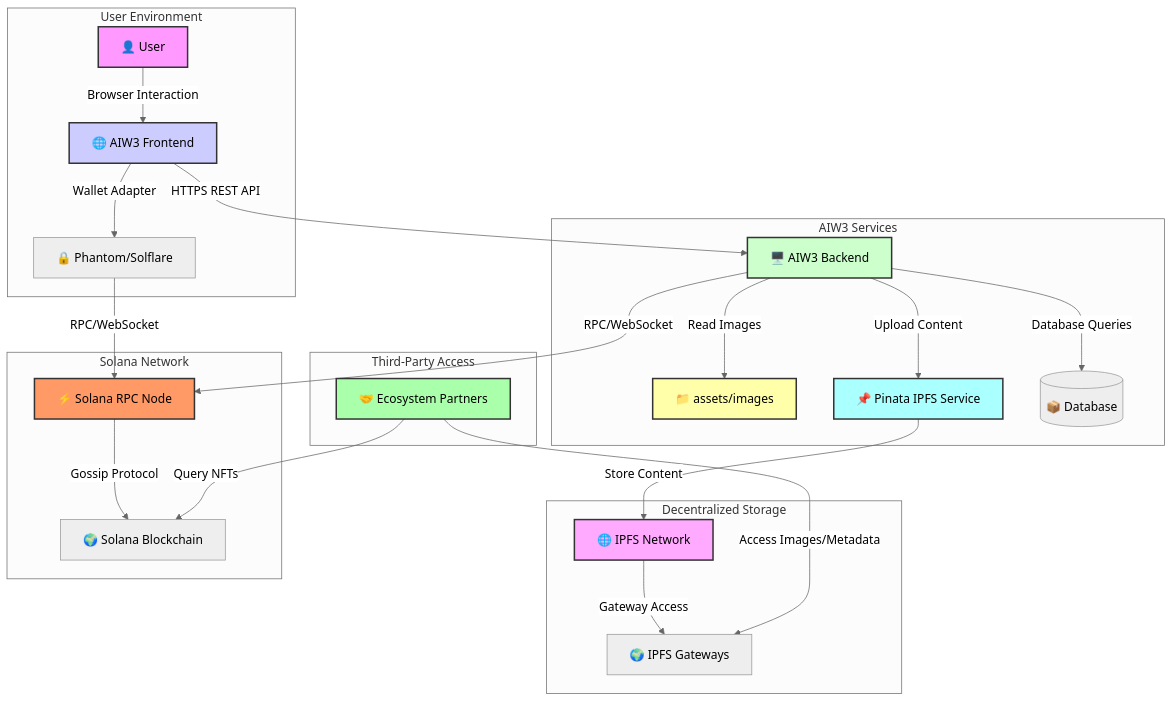
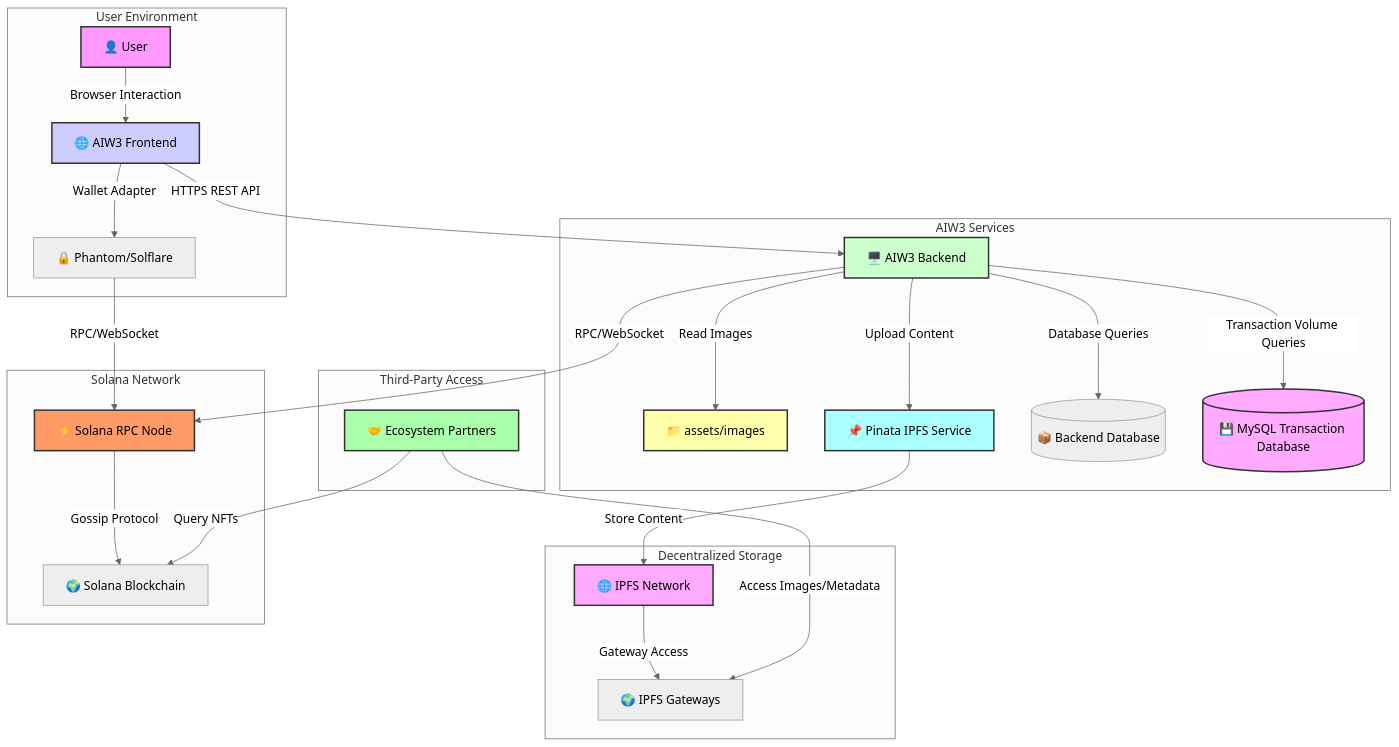
The fourth of 5 diagrams in docs/AIW3-NFT-System-Design.md (ljg-cqu/aiw3-nft-solana), drawn with Mermaid (neutral theme) before and after one commit. The commit also changed other lines of this file, not shown here.

Commit message:
docs: integrate transaction volume qualification into visual architecture and process flows

````diff
--- a/docs/AIW3-NFT-System-Design.md
+++ b/docs/AIW3-NFT-System-Design.md
@@ -277,39 +308,41 @@
 ```mermaid
 graph TD
     subgraph "User Environment"
         User[👤 User] -->|Browser Interaction| Frontend[🌐 AIW3 Frontend]
         Frontend -->|Wallet Adapter| Wallet[🔒 Phantom/Solflare]
     end
 
     subgraph "AIW3 Services"
         Frontend -->|HTTPS REST API| Backend[🖥️ AIW3 Backend]
         Backend -->|Read Images| Assets[📁 assets/images]
         Backend -->|Upload Content| PinataService[📌 Pinata IPFS Service]
-        Backend -->|Database Queries| DB[(📦 Database)]
+        Backend -->|Database Queries| DB[(📦 Backend Database)]
+        Backend -->|Transaction Volume Queries| TxDB[(💾 MySQL Transaction Database)]
     end
 
     subgraph "Decentralized Storage"
         PinataService -->|Store Content| IPFS[🌐 IPFS Network]
         IPFS -->|Gateway Access| IPFSGateway[🌍 IPFS Gateways]
     end
 
     subgraph "Solana Network"
         Wallet -->|RPC/WebSocket| SolanaNode[⚡️ Solana RPC Node]
         Backend -->|RPC/WebSocket| SolanaNode
         SolanaNode -->|Gossip Protocol| SolanaCluster[🌍 Solana Blockchain]
     end
 
     subgraph "Third-Party Access"
         Partners[🤝 Ecosystem Partners] -->|Query NFTs| SolanaCluster
         Partners -->|Access Images/Metadata| IPFSGateway
     end
 
     style User fill:#f9f,stroke:#333,stroke-width:2px
     style Frontend fill:#ccf,stroke:#333,stroke-width:2px
     style Backend fill:#cfc,stroke:#333,stroke-width:2px
     style Assets fill:#ffa,stroke:#333,stroke-width:2px
     style PinataService fill:#aff,stroke:#333,stroke-width:2px
+    style TxDB fill:#faf,stroke:#333,stroke-width:2px
     style IPFS fill:#faf,stroke:#333,stroke-width:2px
     style SolanaNode fill:#f96,stroke:#333,stroke-width:2px
     style Partners fill:#afa,stroke:#333,stroke-width:2px
 ```
````
